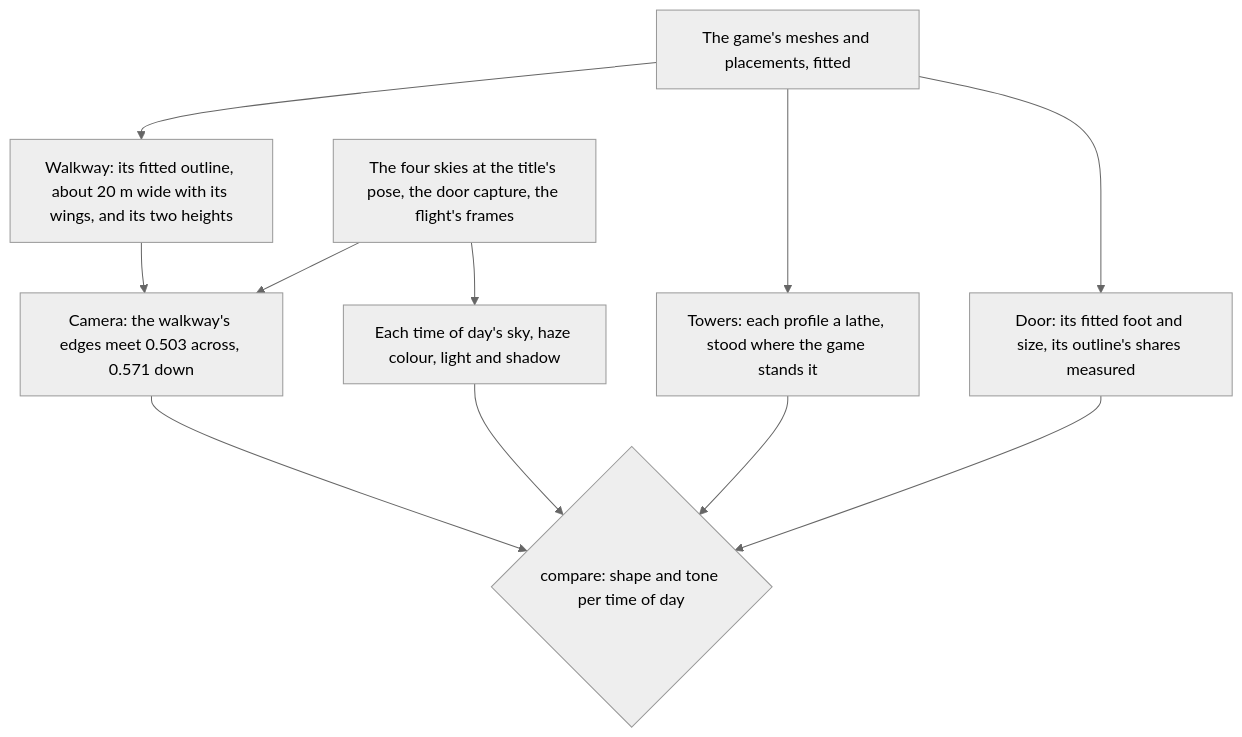
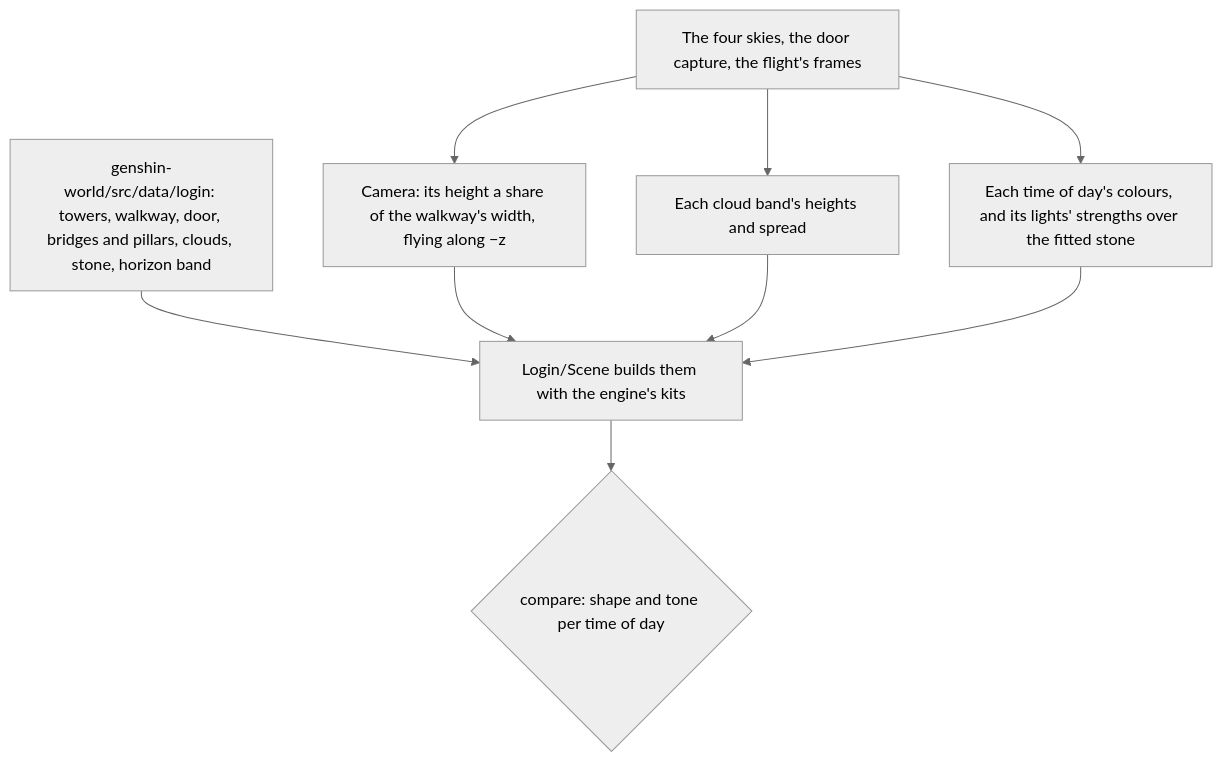
The second of 2 diagrams in apps/web/content/docs/genshin/login-screen.md (Esposter/Esposter), drawn with Mermaid (neutral theme) before and after one commit. The commit also changed other lines of this file and 14 other files, not shown here.

First line of the commit message:
feat(genshin-world): the login scene's derived sky, clouds and stone, flown from the walkway's far end

````diff
--- a/apps/web/content/docs/genshin/login-screen.md
+++ b/apps/web/content/docs/genshin/login-screen.md
@@ -29,13 +31,11 @@
 ```mermaid
 flowchart TD
-  FIT[The game's meshes and placements, fitted] --> WALK[Walkway: its fitted outline, about 20 m wide with its wings, and its two heights]
-  FIT --> TOWERS[Towers: each profile a lathe, stood where the game stands it]
-  FIT --> DOOR[Door: its fitted foot and size, its outline's shares measured]
-  REF[The four skies at the title's pose, the door capture, the flight's frames] --> CAM[Camera: the walkway's edges meet 0.503 across, 0.571 down]
-  WALK --> CAM
-  REF --> SKY[Each time of day's sky, haze colour, light and shadow]
-  CAM --> SCORE{compare: shape and tone per time of day}
-  TOWERS --> SCORE
-  DOOR --> SCORE
-  SKY --> SCORE
+  DATA["genshin-world/src/data/login: towers, walkway, door, bridges and pillars, clouds, stone, horizon band"] --> SCENE[Login/Scene builds them with the engine's kits]
+  REF[The four skies, the door capture, the flight's frames] --> CAM["Camera: its height a share of the walkway's width, flying along −z"]
+  REF --> BANDS[Each cloud band's heights and spread]
+  REF --> LIGHT["Each time of day's colours, and its lights' strengths over the fitted stone"]
+  CAM --> SCENE
+  BANDS --> SCENE
+  LIGHT --> SCENE
+  SCENE --> SCORE{compare: shape and tone per time of day}
 ```
````
